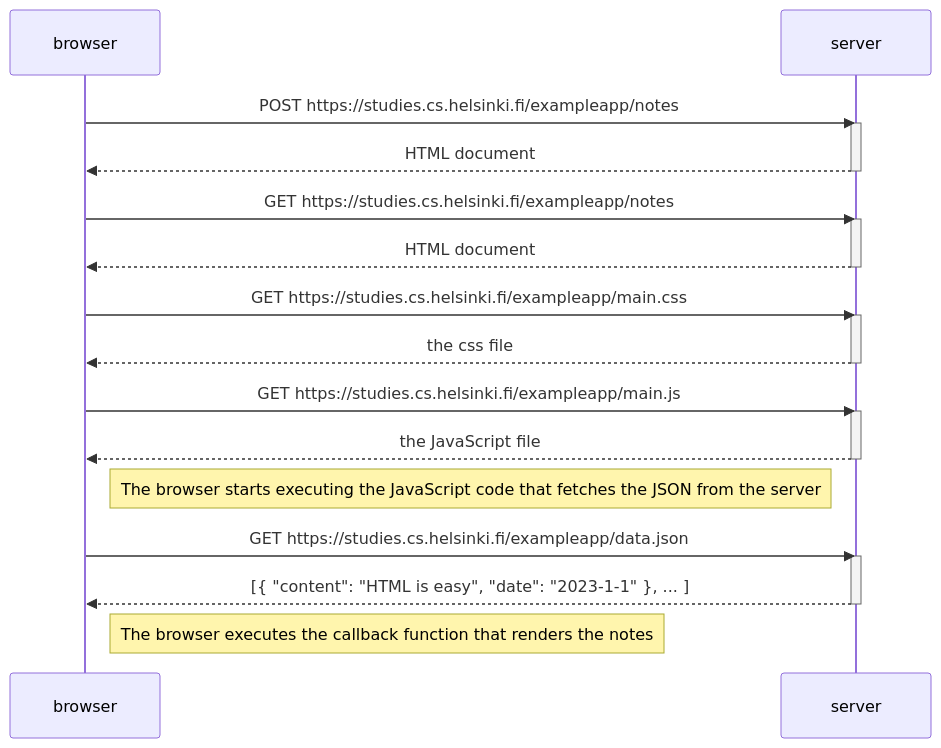
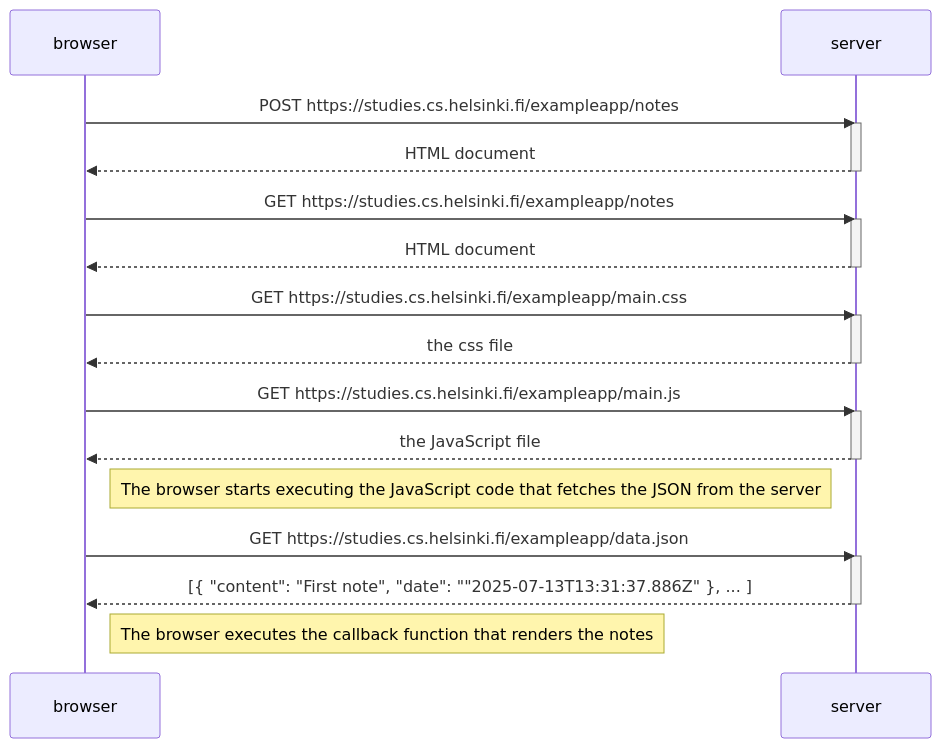
One commit to Nughm/NughmFullStack changed the diagram in part0/exercise-0.4.md. Above: the diagram before and after it, drawn with Mermaid.

Commit message:
Finish part

````diff
--- a/part0/exercise-0.4.md
+++ b/part0/exercise-0.4.md
@@ -1,34 +1,34 @@
 ```mermaid
 sequenceDiagram
     participant browser
     participant server
 
     browser->>server: POST https://studies.cs.helsinki.fi/exampleapp/notes
     activate server
     server-->>browser: HTML document
     deactivate server
 
     browser->>server: GET https://studies.cs.helsinki.fi/exampleapp/notes
     activate server
     server-->>browser: HTML document
     deactivate server
 
     browser->>server: GET https://studies.cs.helsinki.fi/exampleapp/main.css
     activate server
     server-->>browser: the css file
     deactivate server
 
     browser->>server: GET https://studies.cs.helsinki.fi/exampleapp/main.js
     activate server
     server-->>browser: the JavaScript file
     deactivate server
 
     Note right of browser: The browser starts executing the JavaScript code that fetches the JSON from the server
 
     browser->>server: GET https://studies.cs.helsinki.fi/exampleapp/data.json
     activate server
-    server-->>browser: [{ "content": "HTML is easy", "date": "2023-1-1" }, ... ]
+    server-->>browser: [{ "content": "First note", "date": ""2025-07-13T13:31:37.886Z" }, ... ]
     deactivate server
 
     Note right of browser: The browser executes the callback function that renders the notes
 ```
````
